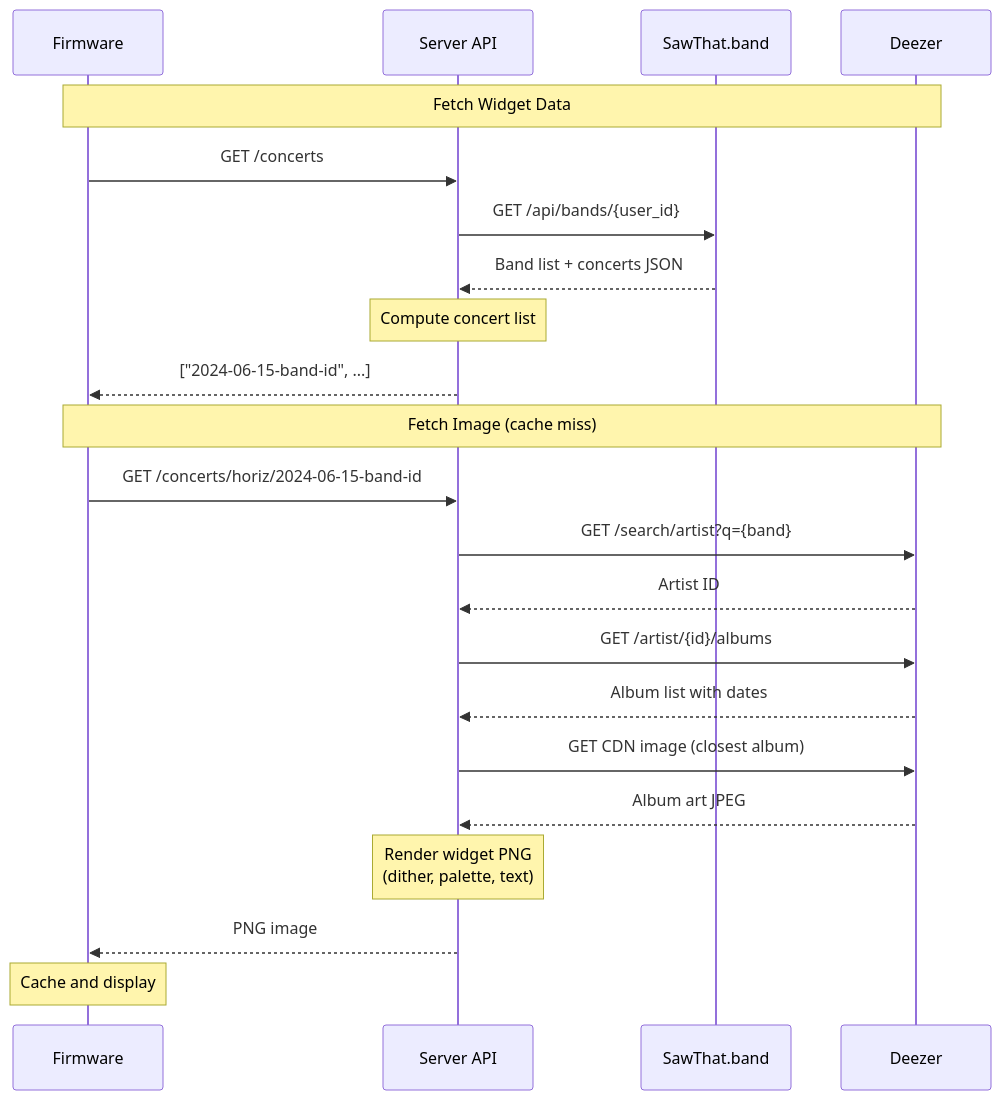
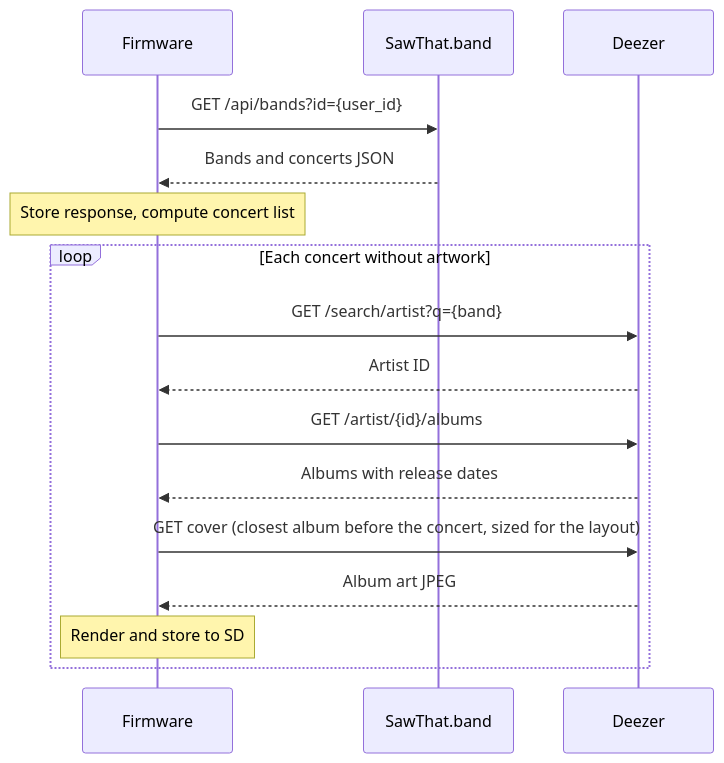
Before and after one commit to ozwaldorf/sawthat-frame: the second of 2 diagrams in README.md, drawn with Mermaid. The commit also changed other lines of this file and 16 other files, not shown here.

````diff
--- a/README.md
+++ b/README.md
@@ -233,27 +193,20 @@
 ```mermaid
 sequenceDiagram
     participant FW as Firmware
-    participant API as Server API
     participant ST as SawThat.band
     participant DZ as Deezer
 
-    Note over FW,DZ: Fetch Widget Data
-    FW->>API: GET /concerts
-    API->>ST: GET /api/bands/{user_id}
-    ST-->>API: Band list + concerts JSON
-    Note over API: Compute concert list
-    API-->>FW: ["2024-06-15-band-id", ...]
+    FW->>ST: GET /api/bands?id={user_id}
+    ST-->>FW: Bands and concerts JSON
+    Note over FW: Store response, compute concert list
 
-    Note over FW,DZ: Fetch Image (cache miss)
-    FW->>API: GET /concerts/horiz/2024-06-15-band-id
-    API->>DZ: GET /search/artist?q={band}
-    DZ-->>API: Artist ID
-    API->>DZ: GET /artist/{id}/albums
-    DZ-->>API: Album list with dates
-    API->>DZ: GET CDN image (closest album)
-    DZ-->>API: Album art JPEG
-    Note over API: Render widget PNG<br/>(dither, palette, text)
-    API-->>FW: PNG image
-
-    Note over FW: Cache and display
+    loop Each concert without artwork
+        FW->>DZ: GET /search/artist?q={band}
+        DZ-->>FW: Artist ID
+        FW->>DZ: GET /artist/{id}/albums
+        DZ-->>FW: Albums with release dates
+        FW->>DZ: GET cover (closest album before the concert, sized for the layout)
+        DZ-->>FW: Album art JPEG
+        Note over FW: Render and store to SD
+    end
 ```
````
